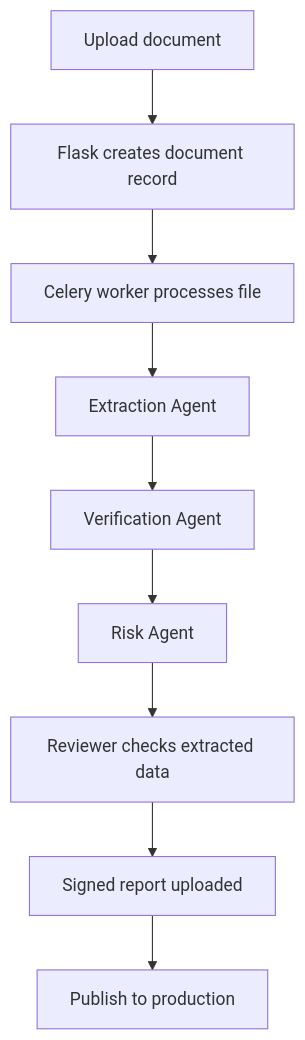
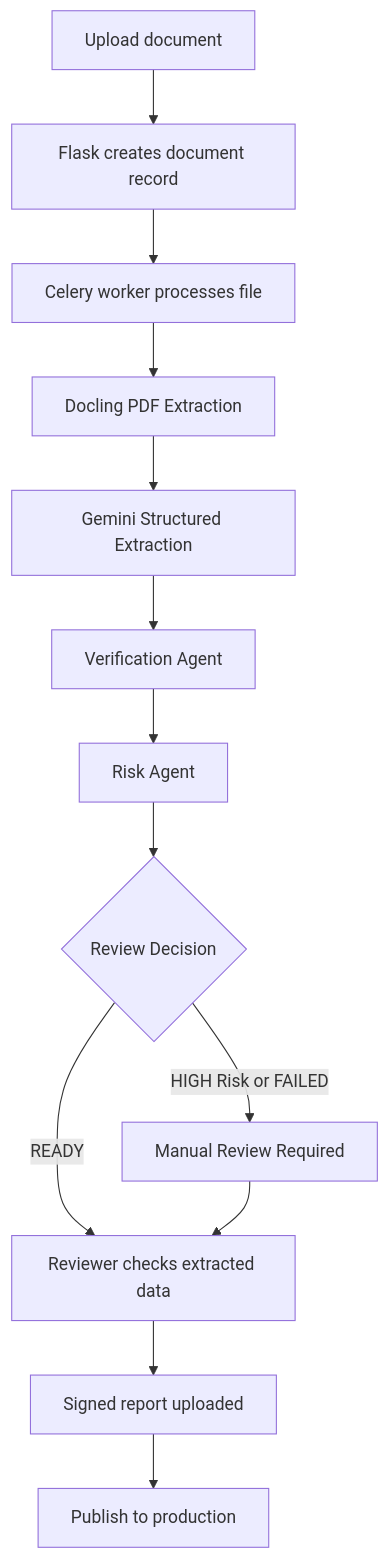
The first of 4 diagrams in README.md (ncdoe5002/Internship-Agent), drawn with Mermaid before and after one commit. The commit also changed other lines of this file and 1 other file, not shown here.

````diff
--- a/README.md
+++ b/README.md
@@ -38,11 +38,15 @@
 ```mermaid
 flowchart TD
             A[Upload document] --> B[Flask creates document record]
             B --> C[Celery worker processes file]
-            C --> D[Extraction Agent]
-            D --> E[Verification Agent]
-            E --> F[Risk Agent]
-            F --> G[Reviewer checks extracted data]
-            G --> H[Signed report uploaded]
-            H --> I[Publish to production]
+            C --> D[Docling PDF Extraction]
+            D --> E[Gemini Structured Extraction]
+            E --> F[Verification Agent]
+            F --> G[Risk Agent]
+            G --> H{Review Decision}
+            H -->|HIGH Risk or FAILED| I[Manual Review Required]
+            H -->|READY| J[Reviewer checks extracted data]
+            I --> J
+            J --> K[Signed report uploaded]
+            K --> L[Publish to production]
 ```
````
